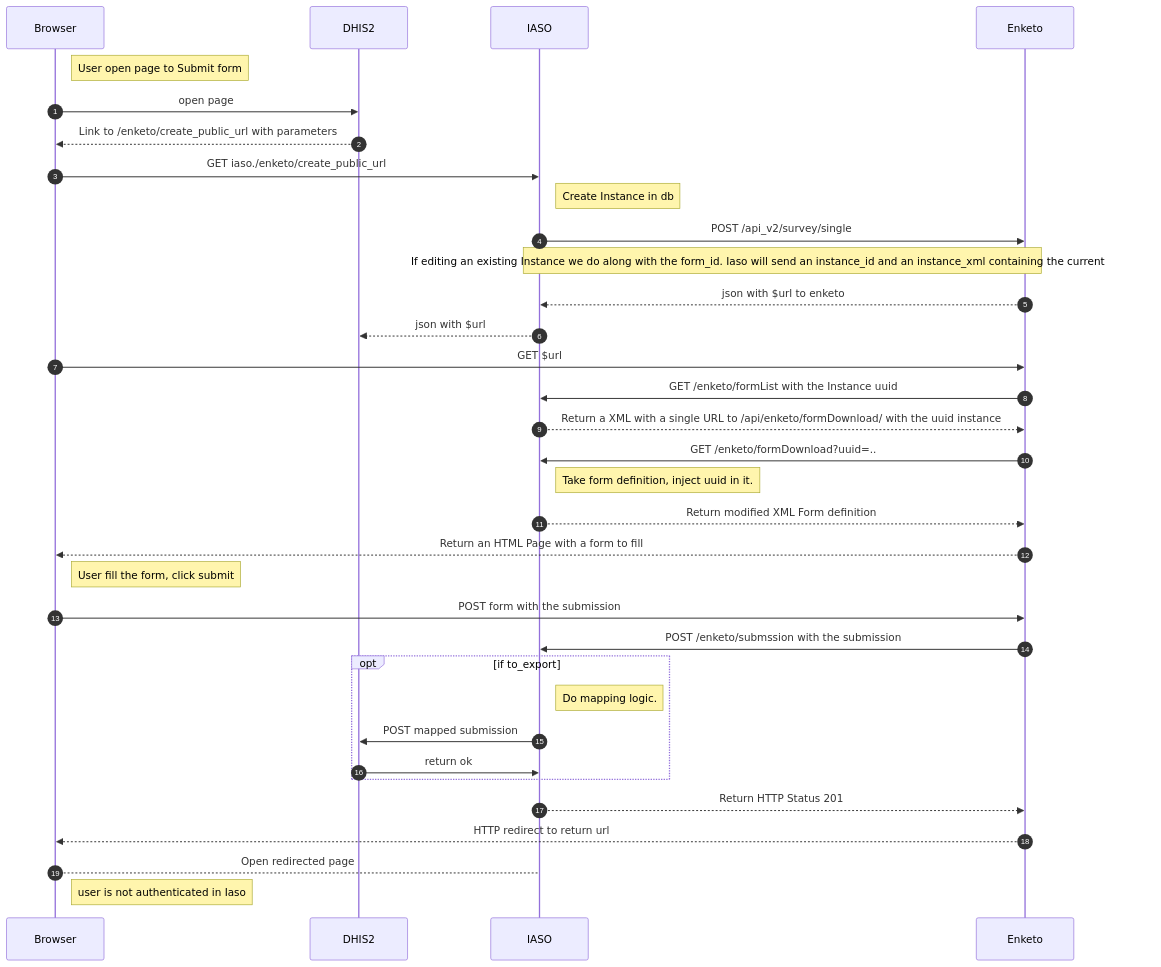
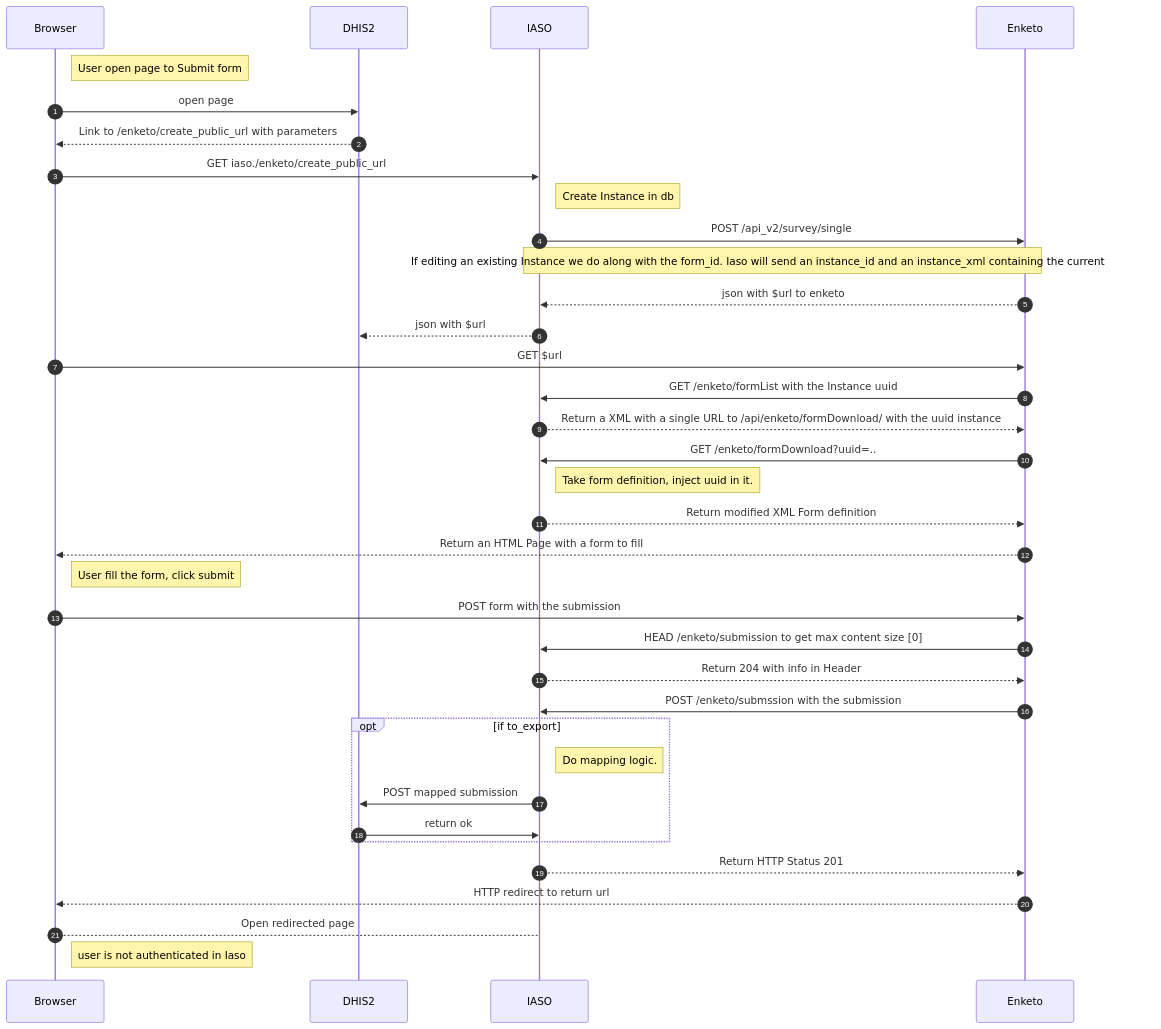
Before and after one commit to BLSQ/iaso: the diagram in iaso/enketo/README.md, drawn with Mermaid. The commit also changed other lines of this file, not shown here.

Commit message:
Add missing head call in doc

````diff
--- a/iaso/enketo/README.md
+++ b/iaso/enketo/README.md
@@ -67,37 +67,39 @@
 ```mermaid
 sequenceDiagram
     autonumber
     Note right of Browser: User open page to Submit form
     Browser->>DHIS2: open page
     DHIS2 -->> Browser: Link to /enketo/create_public_url with parameters
     Browser ->> IASO: GET iaso./enketo/create_public_url
     Note right of IASO: Create Instance in db
     IASO ->> Enketo: POST /api_v2/survey/single
     Note over IASO,Enketo:If editing an existing Instance we do along with the form_id. Iaso will send an instance_id and an instance_xml containing the current answers.
 
     Enketo -->> IASO: json with $url to enketo
     IASO -->> DHIS2: json with $url
     Browser ->> Enketo: GET $url
     Enketo ->> IASO: GET /enketo/formList with the Instance uuid
     IASO -->> Enketo: Return a XML with a single URL to /api/enketo/formDownload/ with the uuid instance
     Enketo ->> IASO: GET /enketo/formDownload?uuid=..
     Note right of IASO: Take form definition, inject uuid in it.
     IASO -->> Enketo: Return modified XML Form definition
     Enketo -->> Browser: Return an HTML Page with a form to fill
     Note right of Browser: User fill the form, click submit
     Browser ->> Enketo: POST form with the submission
+    Enketo ->> IASO: HEAD /enketo/submission to get max content size [0]
+    IASO -->> Enketo: Return 204 with info in Header
     Enketo ->> IASO: POST /enketo/submssion with the submission
 
     opt if to_export
         Note right of IASO: Do mapping logic.
         IASO ->> DHIS2: POST mapped submission
         DHIS2 ->> IASO: return ok
         # if the instance fail to export we still save it in the Iaso database
         # to be exported later
     end
     IASO -->> Enketo: Return HTTP Status 201
     Enketo -->> Browser: HTTP redirect to return url
     # Return url is either passed at start of process or new submission page in iaso
     Browser --> IASO: Open redirected page
     Note right of Browser:  user is not authenticated in Iaso
  ```                                                       
````
